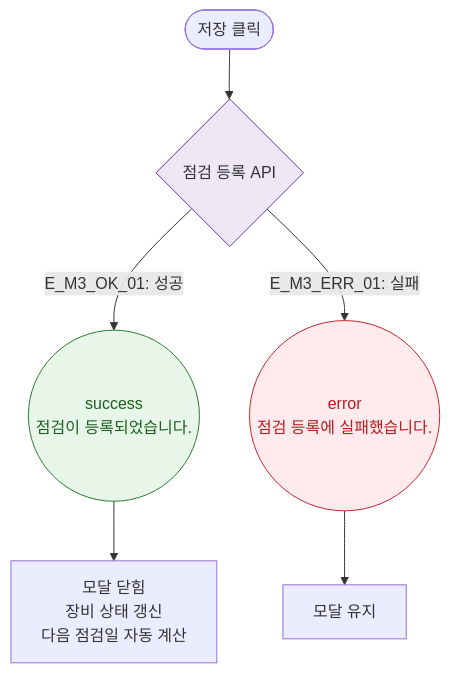
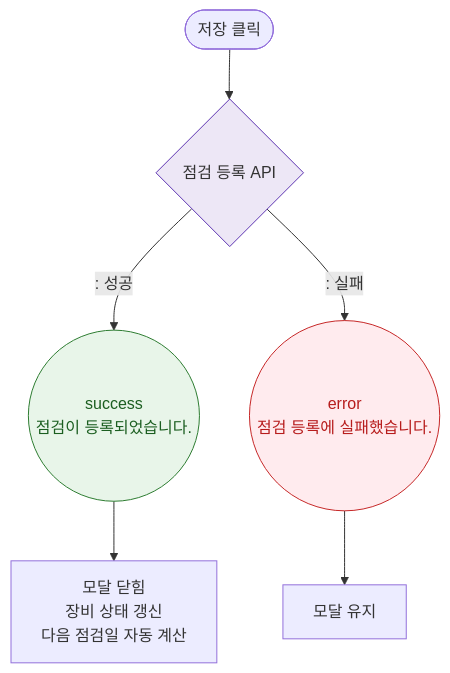
Before and after one commit to dev-spogym/admin-pando: the diagram in docs/다이어그램/D06_시설관리/DLG/DLG-056-002_점검등록/M3_결과분기.md, drawn with Mermaid. The commit also changed other lines of this file and 1660 other files, not shown here.

First line of the commit message:
다이어그램: 기획자/클라이언트 납품본으로 정리

````diff
--- a/docs/다이어그램/D06_시설관리/DLG/DLG-056-002_점검등록/M3_결과분기.md
+++ b/docs/다이어그램/D06_시설관리/DLG/DLG-056-002_점검등록/M3_결과분기.md
@@ -16,15 +14,15 @@
 ```mermaid
 flowchart TD
     ACTION([저장 클릭]) --> SaveAPI{점검 등록 API}
-    SaveAPI -->|"E_M3_OK_01: 성공"| SuccessToast((success\n점검이 등록되었습니다.))
-    SaveAPI -->|"E_M3_ERR_01: 실패"| ErrToast((error\n점검 등록에 실패했습니다.))
+    SaveAPI -->|": 성공"|SuccessToast((success\n점검이 등록되었습니다.))
+    SaveAPI -->|": 실패"|ErrToast((error\n점검 등록에 실패했습니다.))
     SuccessToast --> CLOSE[모달 닫힘\n장비 상태 갱신\n다음 점검일 자동 계산]
     ErrToast --> STAY[모달 유지]
 
     classDef success fill:#E8F5E9,stroke:#2E7D32,color:#1B5E20
     classDef error fill:#FFEBEE,stroke:#C62828,color:#B71C1C
     classDef system fill:#EDE7F6,stroke:#5E35B2
     class SuccessToast success
     class ErrToast error
     class SaveAPI system
 ```
````
